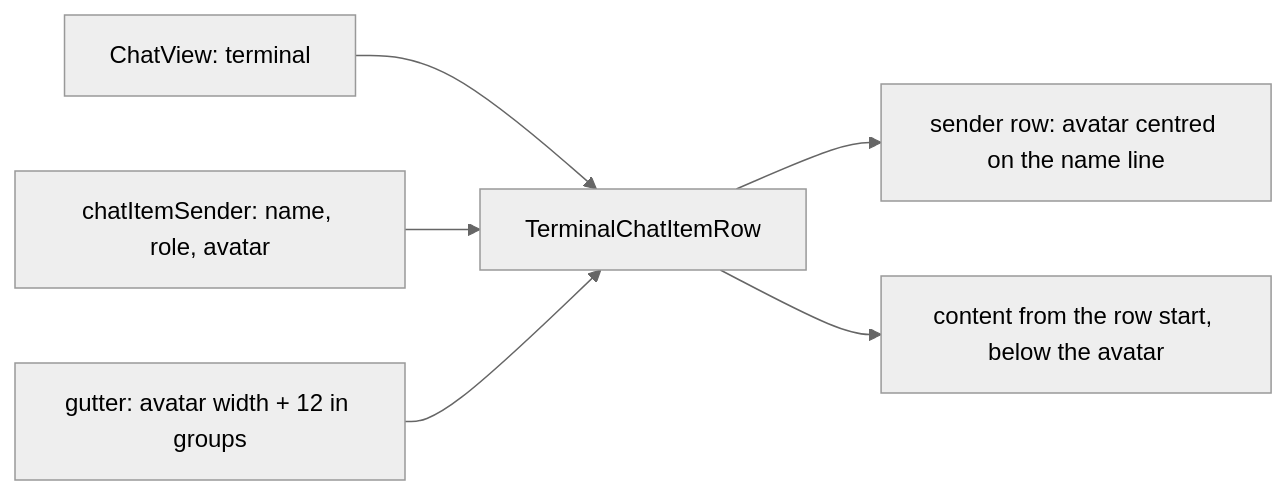
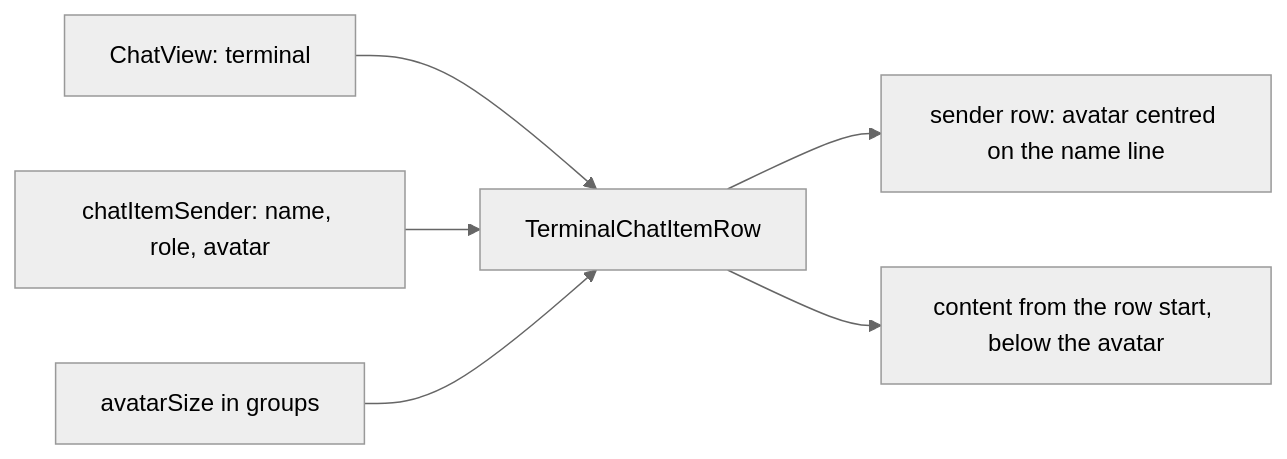
Before and after one commit to simplex-chat/simplex-chat: the fifth of 5 diagrams in plans/2026-11-12-mcp-flat-sessions.md, drawn with Mermaid (neutral theme). The commit also changed other lines of this file, not shown here.

````diff
--- a/plans/2026-11-12-mcp-flat-sessions.md
+++ b/plans/2026-11-12-mcp-flat-sessions.md
@@ -289,8 +324,8 @@
 ```mermaid
 flowchart LR
   T[ChatView: terminal] --> W[TerminalChatItemRow]
   S[chatItemSender: name, role, avatar] --> W
-  G[gutter: avatar width + 12 in groups] --> W
+  G[avatarSize in groups] --> W
   W --> X[sender row: avatar centred on the name line]
   W --> Y[content from the row start, below the avatar]
 ```
````
